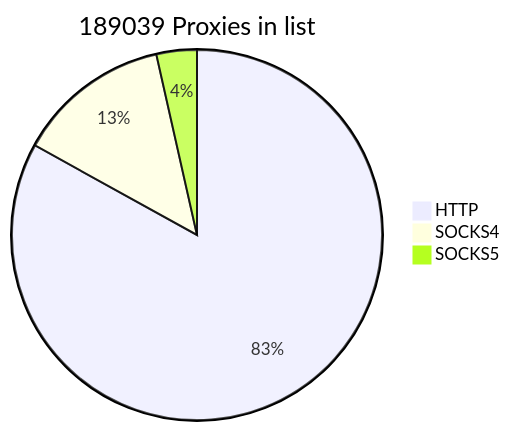
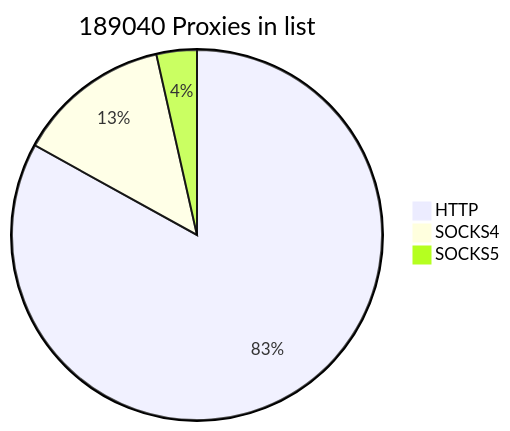
Before and after one commit to cutipu/proxylist: the first of 2 diagrams in README.md, drawn with Mermaid. The commit also changed other lines of this file, not shown here.

````diff
--- a/README.md
+++ b/README.md
@@ -2,7 +2,7 @@
 ```mermaid
-pie title 189039 Proxies in list
-    "HTTP" : 156981
-    "SOCKS4" : 25391
-    "SOCKS5" : 6667
+pie title 189040 Proxies in list
+    "HTTP" : 156980
+    "SOCKS4" : 25396
+    "SOCKS5" : 6664
             
 ```
````
